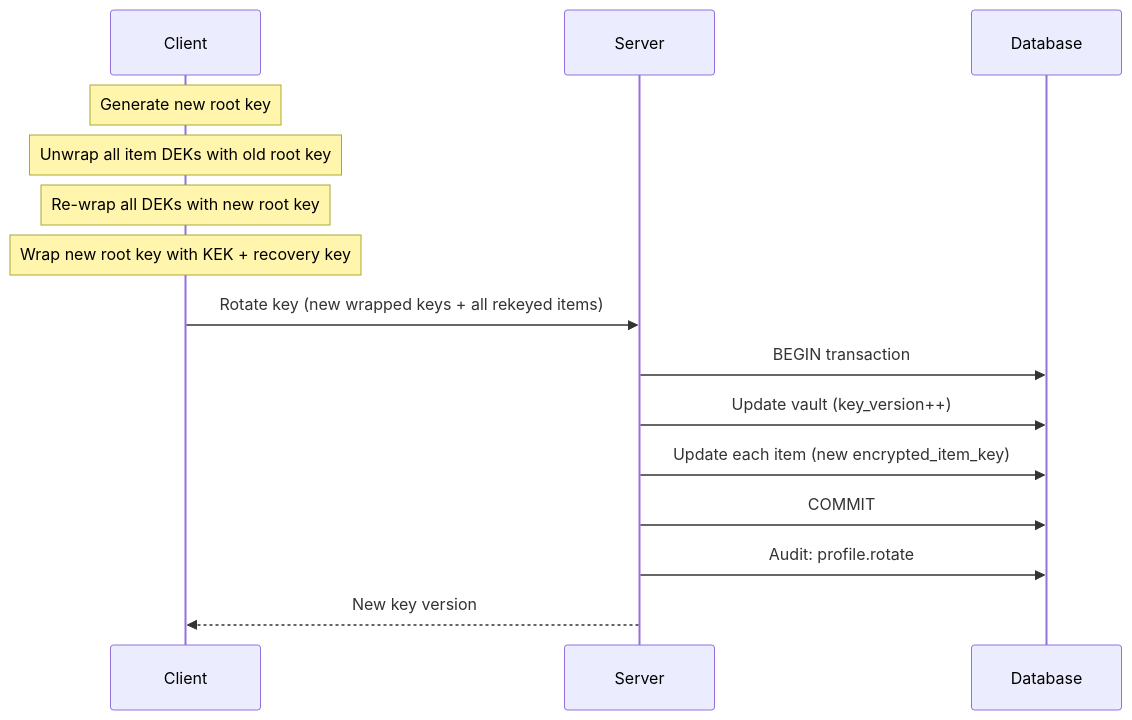
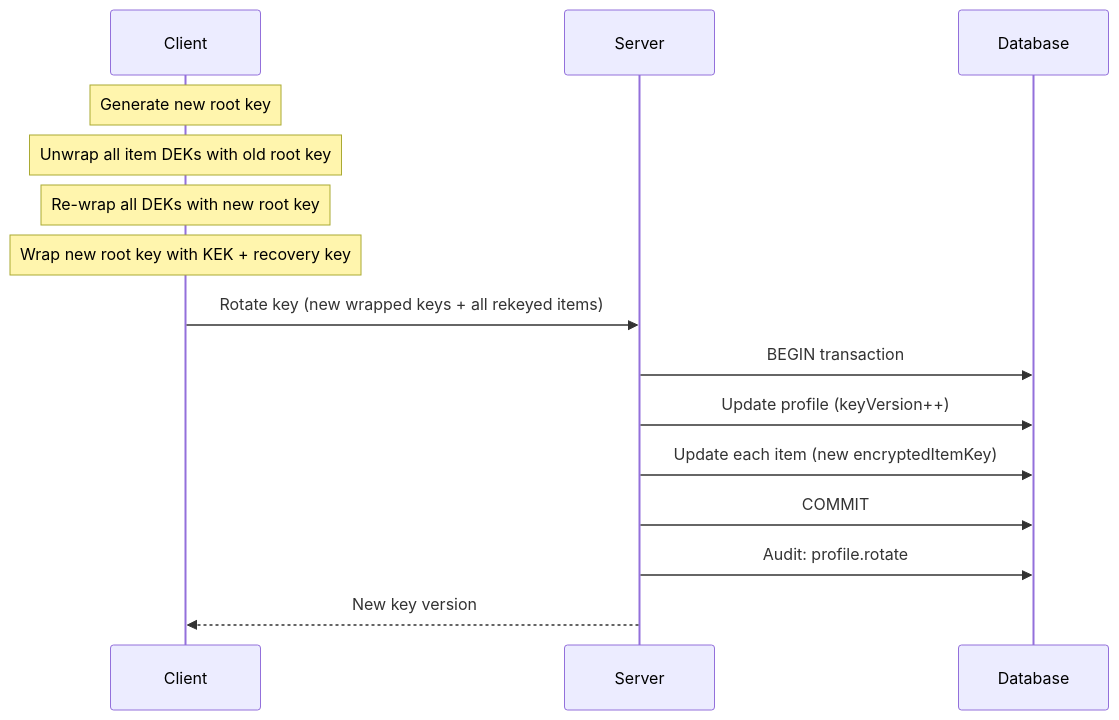
One commit to punitarani/abadge changed diagram 11 of 20 in docs/flow.md. Above: the diagram before and after it, drawn with Mermaid. The commit also changed other lines of this file and 217 other files, not shown here.

````diff
--- a/docs/flow.md
+++ b/docs/flow.md
@@ -233,19 +239,19 @@
 ```mermaid
 sequenceDiagram
   participant User as Client
   participant API as Server
   participant DB as Database
 
   Note over User: Generate new root key
   Note over User: Unwrap all item DEKs with old root key
   Note over User: Re-wrap all DEKs with new root key
   Note over User: Wrap new root key with KEK + recovery key
 
   User->>API: Rotate key (new wrapped keys + all rekeyed items)
   API->>DB: BEGIN transaction
-  API->>DB: Update vault (key_version++)
-  API->>DB: Update each item (new encrypted_item_key)
+  API->>DB: Update profile (keyVersion++)
+  API->>DB: Update each item (new encryptedItemKey)
   API->>DB: COMMIT
   API->>DB: Audit: profile.rotate
   API-->>User: New key version
 ```
````
